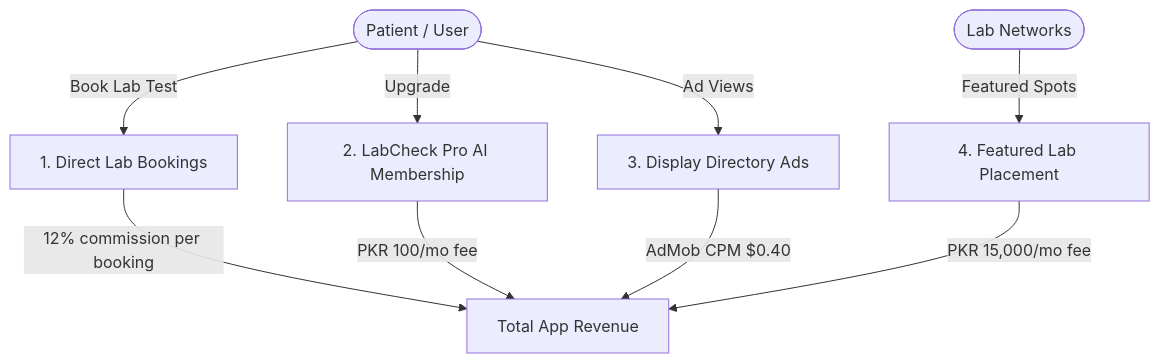
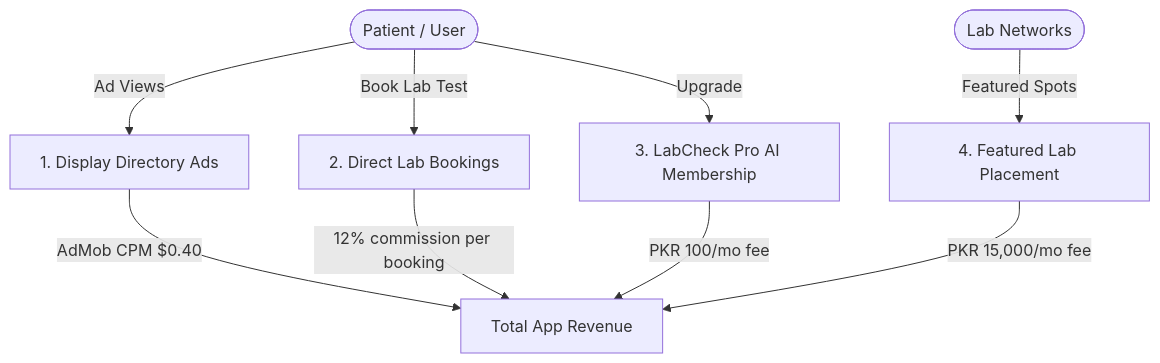
One commit to hasanjamshaid/androidapps_docs changed the diagram in LabCheck/revenue_model.md. Above: the diagram before and after it, drawn with Mermaid. The commit also changed other lines of this file and 18 other files, not shown here.

````diff
--- a/LabCheck/revenue_model.md
+++ b/LabCheck/revenue_model.md
@@ -22,12 +22,12 @@
 ```mermaid
 graph TD
-    User([Patient / User]) -->|Book Lab Test| Book[1. Direct Lab Bookings]
-    User -->|Upgrade| Pro[2. LabCheck Pro AI Membership]
-    User -->|Ad Views| Ads[3. Display Directory Ads]
+    User([Patient / User]) -->|Ad Views| Ads[1. Display Directory Ads]
+    User -->|Book Lab Test| Book[2. Direct Lab Bookings]
+    User -->|Upgrade| Pro[3. LabCheck Pro AI Membership]
     Labs([Lab Networks]) -->|Featured Spots| Spots[4. Featured Lab Placement]
 
-    Book -->|12% commission per booking| Rev[Total App Revenue]
+    Ads -->|AdMob CPM $0.40| Rev[Total App Revenue]
+    Book -->|12% commission per booking| Rev
     Pro -->|PKR 100/mo fee| Rev
-    Ads -->|AdMob CPM $0.40| Rev
     Spots -->|PKR 15,000/mo fee| Rev
 ```
````
